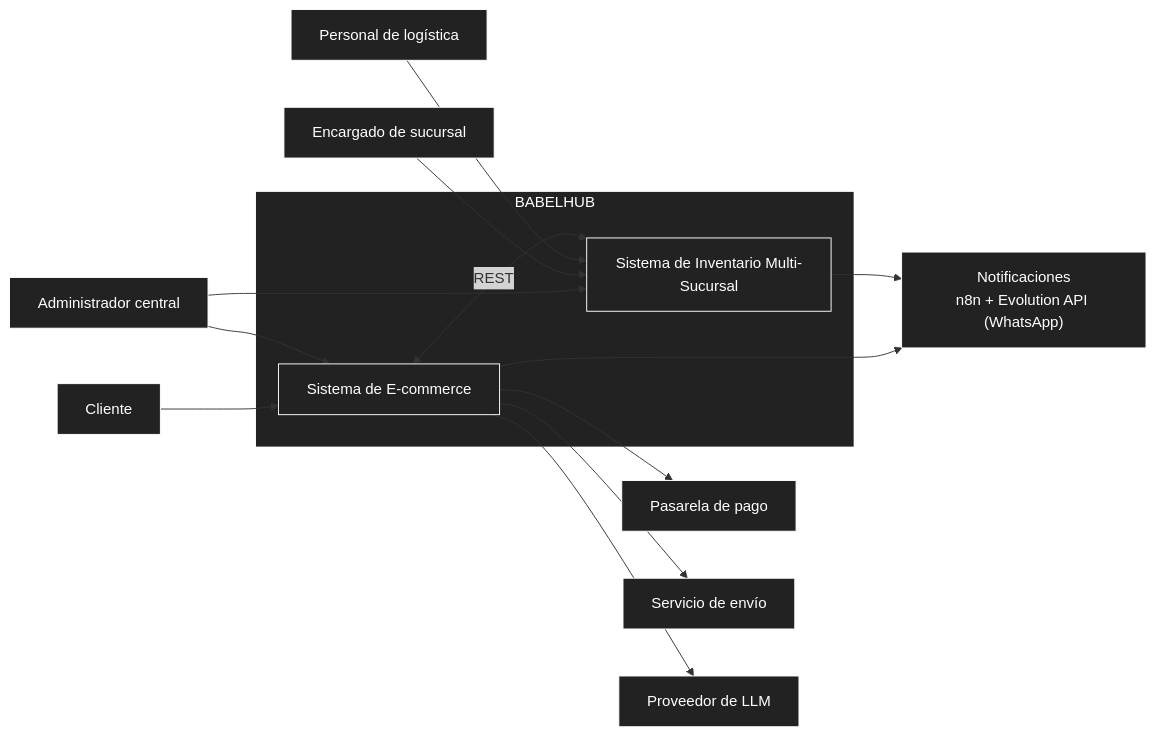
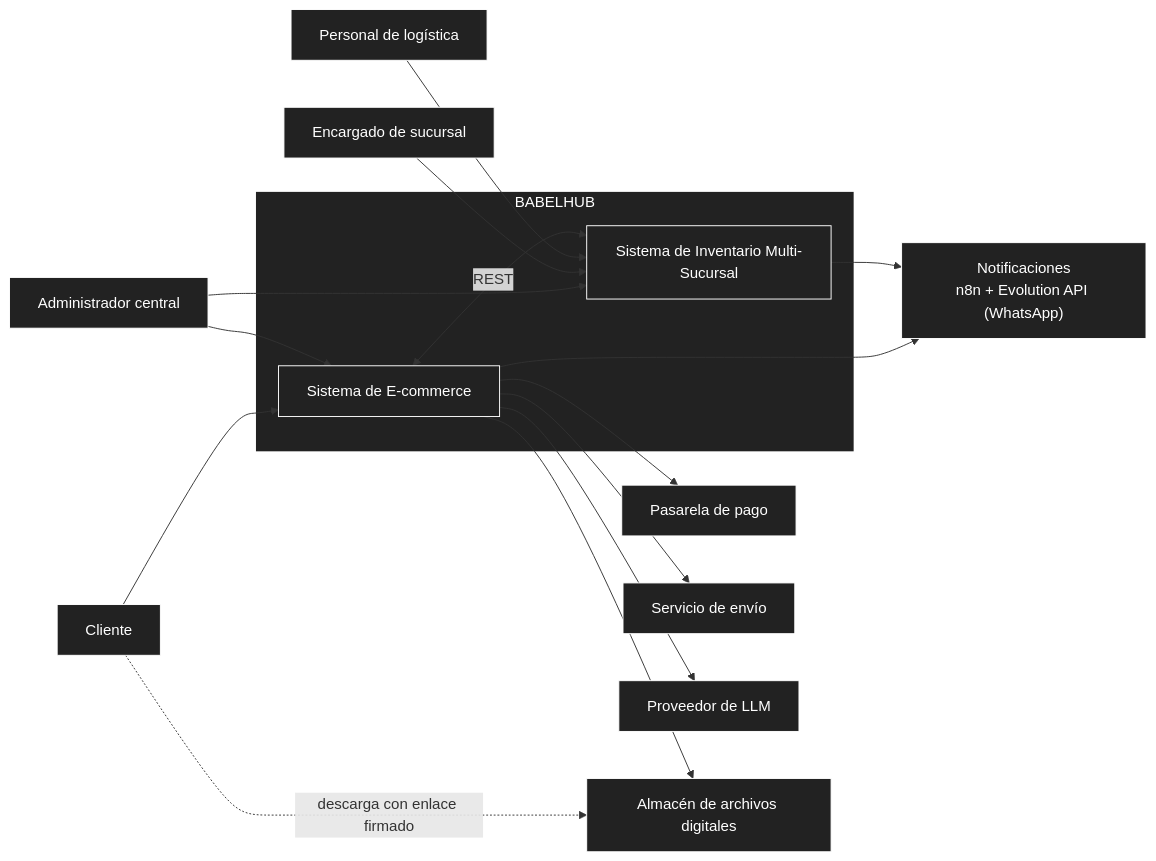
The diagram in docs/01-necesidad-del-negocio.md (P35C4D0R4B1050/BabelHub), drawn with Mermaid before and after one commit. The commit also changed other lines of this file and 2 other files, not shown here.

````diff
--- a/docs/01-necesidad-del-negocio.md
+++ b/docs/01-necesidad-del-negocio.md
@@ -64,41 +74,45 @@
 ```mermaid
 flowchart LR
 CLI["Cliente"]
 ENC["Encargado de sucursal"]
 ADM["Administrador central"]
 LOG["Personal de logística"]
 
 subgraph BH["BABELHUB"]
 ECO["Sistema de E-commerce"]
 INV["Sistema de Inventario Multi-Sucursal"]
 end
 
 PAG["Pasarela de pago"]
 ENV["Servicio de envío"]
 LLM["Proveedor de LLM"]
 NOT["Notificaciones<br/>n8n + Evolution API (WhatsApp)"]
+ALM["Almacén de archivos digitales"]
 
 CLI --> ECO
 ADM --> ECO
 ADM --> INV
 ENC --> INV
 LOG --> INV
 ECO <-->|"REST"| INV
 ECO --> PAG
 ECO --> ENV
 ECO --> LLM
 ECO --> NOT
 INV --> NOT
+ECO --> ALM
+CLI -.->|"descarga con enlace firmado"| ALM
 
 style BH fill:#222,stroke:#fff,stroke-width:2px,color:#fff
 style CLI fill:#222,stroke:#fff,color:#fff
 style ENC fill:#222,stroke:#fff,color:#fff
 style ADM fill:#222,stroke:#fff,color:#fff
 style LOG fill:#222,stroke:#fff,color:#fff
 style ECO fill:#222,stroke:#fff,color:#fff
 style INV fill:#222,stroke:#fff,color:#fff
 style PAG fill:#222,stroke:#fff,color:#fff
 style ENV fill:#222,stroke:#fff,color:#fff
 style LLM fill:#222,stroke:#fff,color:#fff
 style NOT fill:#222,stroke:#fff,color:#fff
+style ALM fill:#222,stroke:#fff,color:#fff
 ```
````
